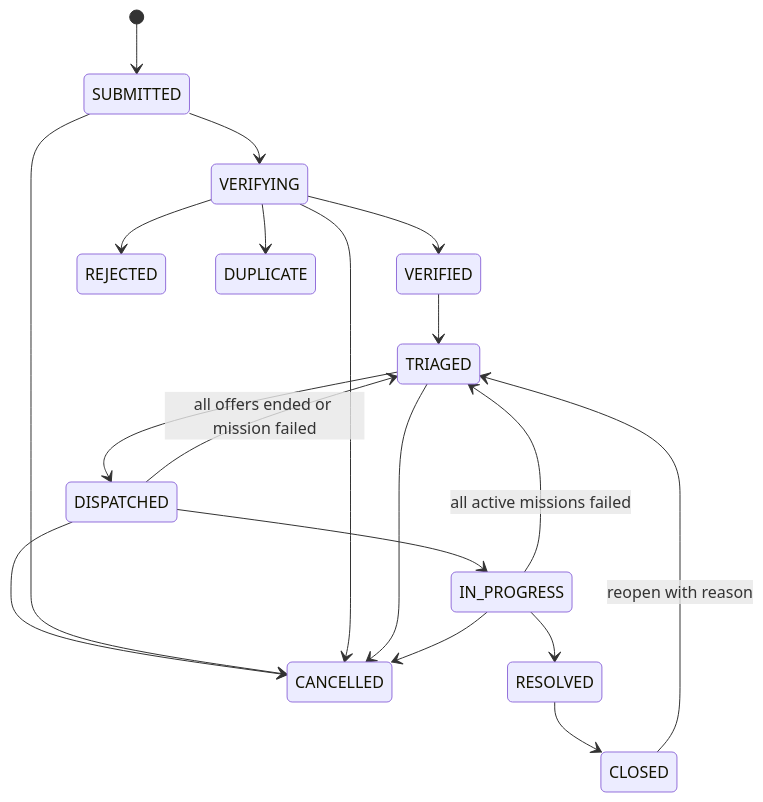
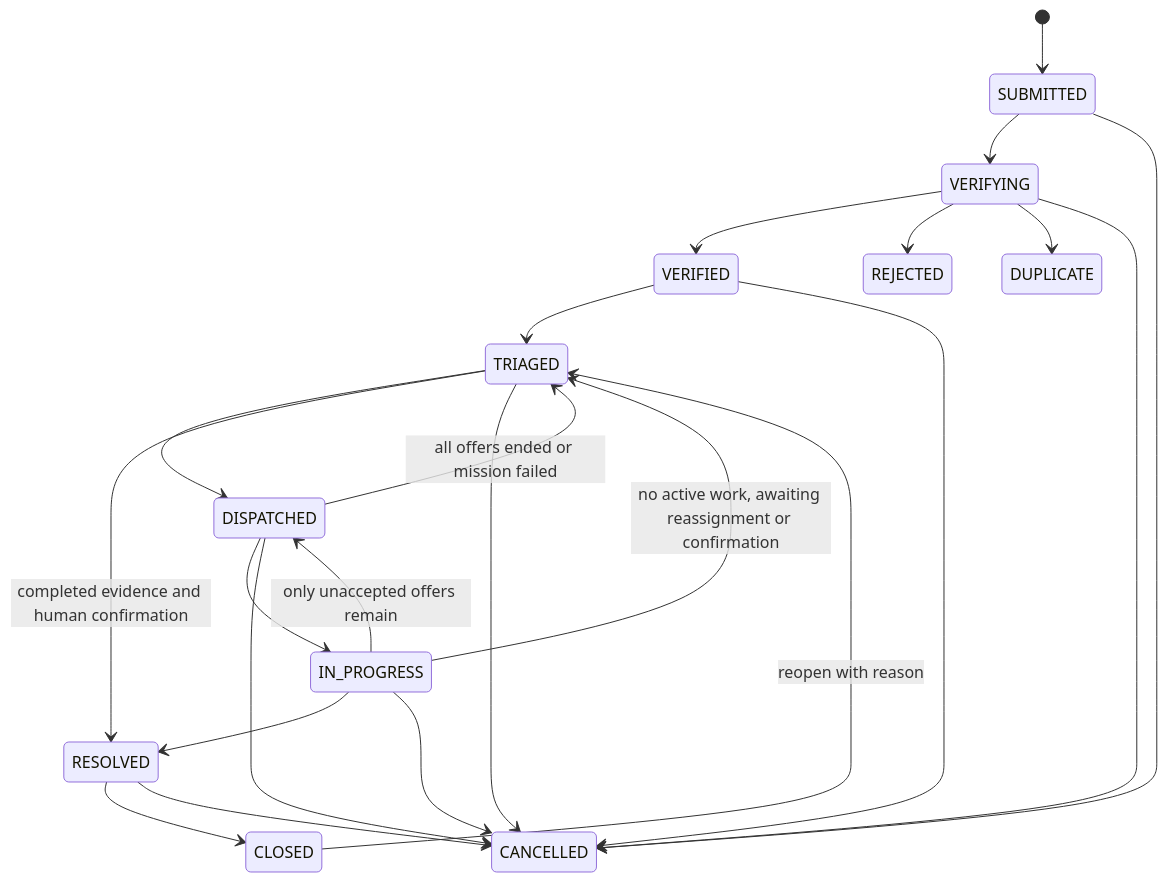
One commit to sangvirgo/disaster-relief-management changed the third of 5 diagrams in docs/c48-technology-and-delivery-plan.md. Above: the diagram before and after it, drawn with Mermaid. The commit also changed other lines of this file and 2 other files, not shown here.

````diff
--- a/docs/c48-technology-and-delivery-plan.md
+++ b/docs/c48-technology-and-delivery-plan.md
@@ -448,21 +451,25 @@
 ```mermaid
 stateDiagram-v2
   [*] --> SUBMITTED
   SUBMITTED --> VERIFYING
   VERIFYING --> VERIFIED
   VERIFYING --> REJECTED
   VERIFYING --> DUPLICATE
   VERIFIED --> TRIAGED
   TRIAGED --> DISPATCHED
   DISPATCHED --> TRIAGED: all offers ended or mission failed
   DISPATCHED --> IN_PROGRESS
-  IN_PROGRESS --> TRIAGED: all active missions failed
+  IN_PROGRESS --> TRIAGED: no active work, awaiting reassignment or confirmation
+  IN_PROGRESS --> DISPATCHED: only unaccepted offers remain
   DISPATCHED --> CANCELLED
   IN_PROGRESS --> RESOLVED
+  TRIAGED --> RESOLVED: completed evidence and human confirmation
   RESOLVED --> CLOSED
   CLOSED --> TRIAGED: reopen with reason
   SUBMITTED --> CANCELLED
   VERIFYING --> CANCELLED
   TRIAGED --> CANCELLED
+  VERIFIED --> CANCELLED
+  RESOLVED --> CANCELLED
   IN_PROGRESS --> CANCELLED
 ```
````
